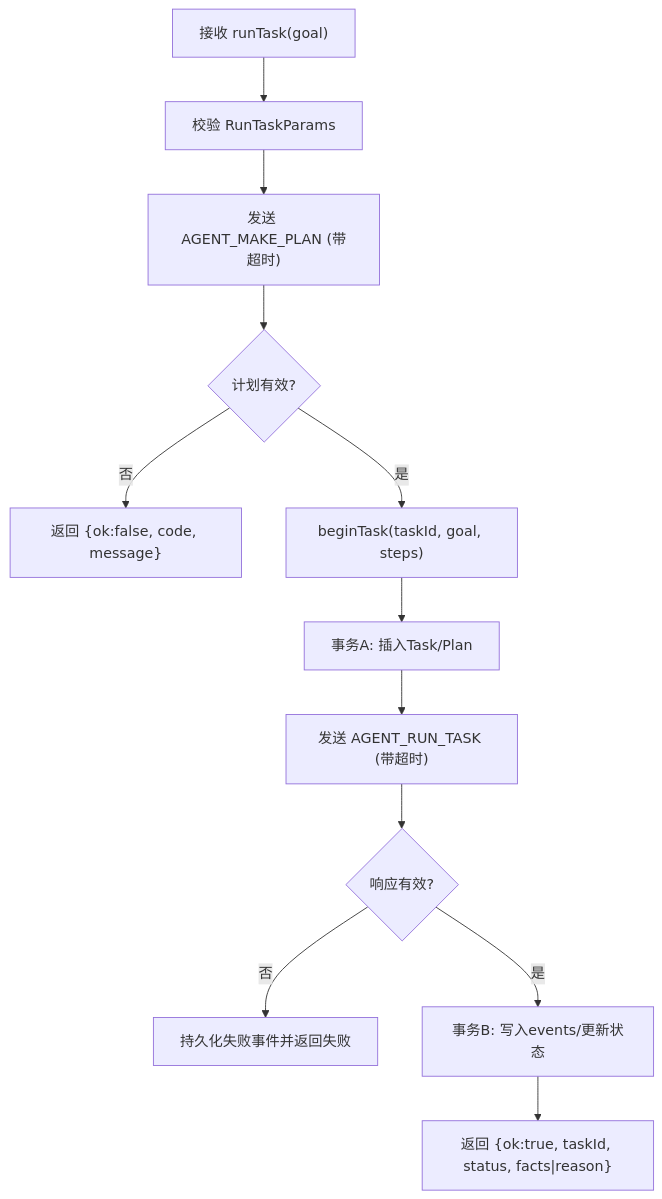
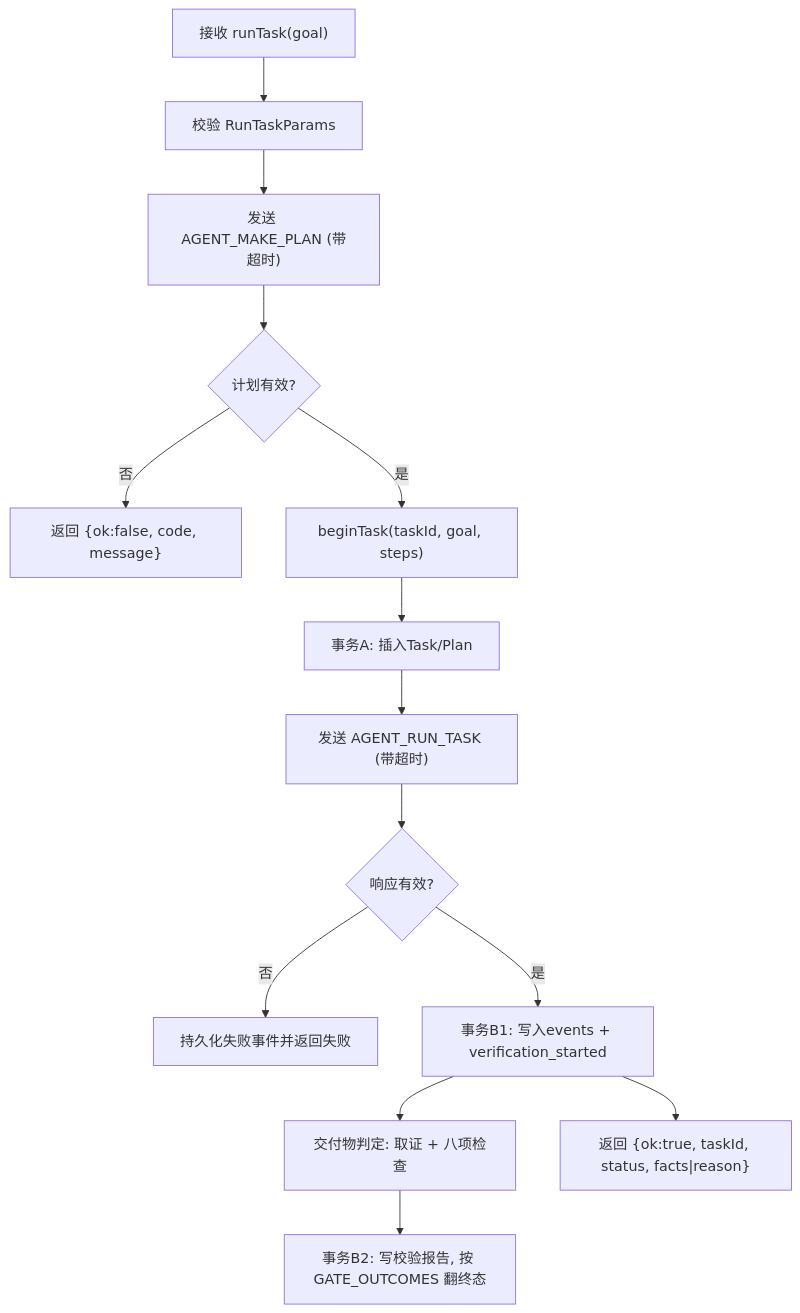
The seventh of 8 diagrams in .repowiki/zh/content/桌面应用/IPC 通信.md (Azusa010/personal-agent), drawn with Mermaid before and after one commit. The commit also changed other lines of this file and 23 other files, not shown here.

````diff
--- a/.repowiki/zh/content/桌面应用/IPC 通信.md
+++ b/.repowiki/zh/content/桌面应用/IPC 通信.md
@@ -294,14 +294,16 @@
 ```mermaid
 flowchart TD
 A["接收 runTask(goal)"] --> B["校验 RunTaskParams"]
 B --> C["发送 AGENT_MAKE_PLAN (带超时)"]
 C --> D{"计划有效?"}
 D --> |否| E["返回 {ok:false, code, message}"]
 D --> |是| F["beginTask(taskId, goal, steps)"]
 F --> G["事务A: 插入Task/Plan"]
 G --> H["发送 AGENT_RUN_TASK (带超时)"]
 H --> I{"响应有效?"}
 I --> |否| J["持久化失败事件并返回失败"]
-I --> |是| K["事务B: 写入events/更新状态"]
+I --> |是| K["事务B1: 写入events + verification_started"]
+K --> K2["交付物判定: 取证 + 八项检查"]
+K2 --> K3["事务B2: 写校验报告, 按 GATE_OUTCOMES 翻终态"]
 K --> L["返回 {ok:true, taskId, status, facts|reason}"]
 ```
````
